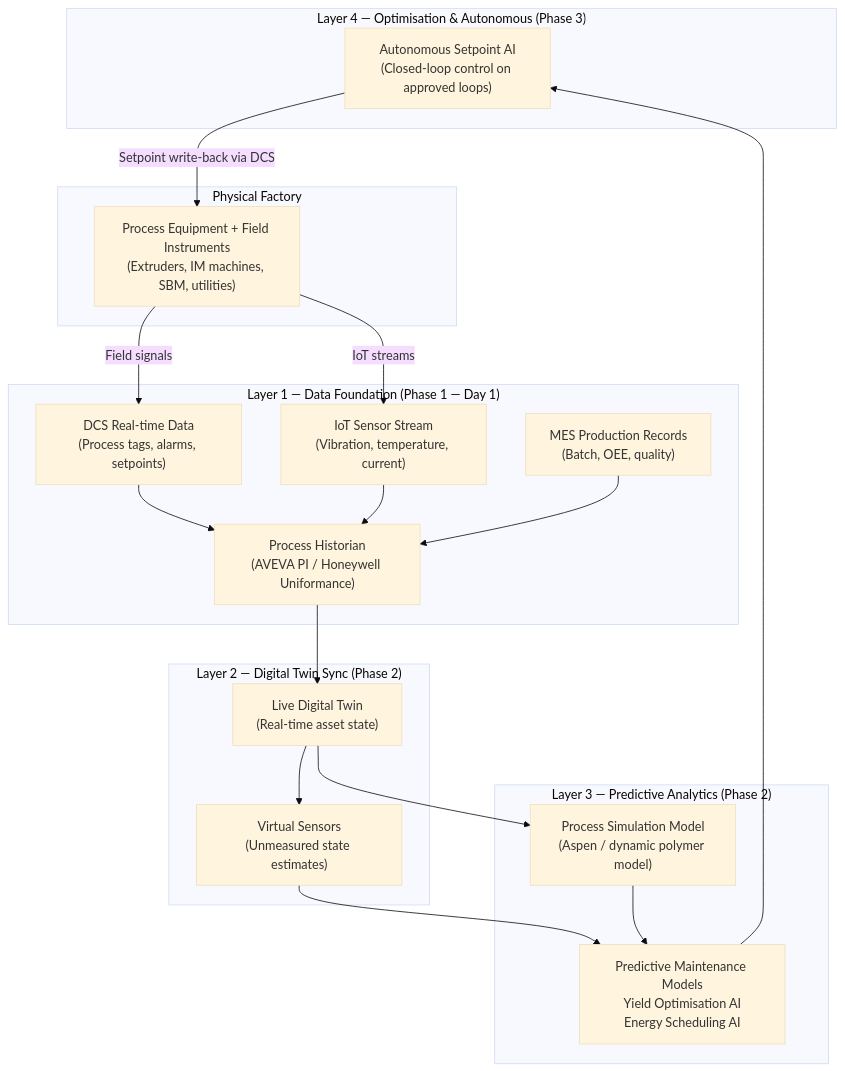
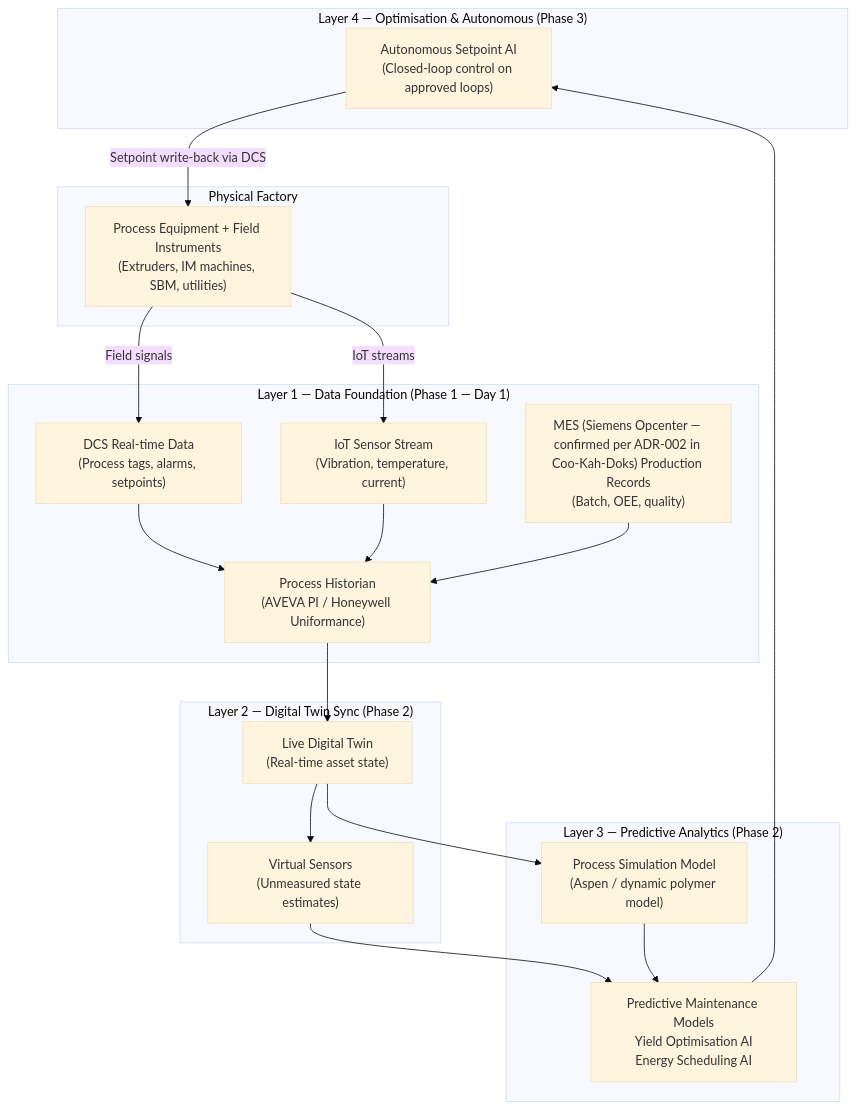
Before and after one commit to oumar-code/coo-cah-factory-chemicals-plastics: the first of 2 diagrams in docs/digital-twin.md, drawn with Mermaid (base theme). The commit also changed other lines of this file, not shown here.

First line of the commit message:
docs: fix DT platform architecture reference (Gate 4 Item 1)

````diff
--- a/docs/digital-twin.md
+++ b/docs/digital-twin.md
@@ -16,40 +16,40 @@
 ```mermaid
 graph TB
     subgraph "Layer 4 — Optimisation & Autonomous (Phase 3)"
         OPT["Autonomous Setpoint AI\n(Closed-loop control on approved loops)"]
     end
 
     subgraph "Layer 3 — Predictive Analytics (Phase 2)"
         PRED["Predictive Maintenance Models\nYield Optimisation AI\nEnergy Scheduling AI"]
         SIMM["Process Simulation Model\n(Aspen / dynamic polymer model)"]
     end
 
     subgraph "Layer 2 — Digital Twin Sync (Phase 2)"
         TWIN["Live Digital Twin\n(Real-time asset state)"]
         VSENS["Virtual Sensors\n(Unmeasured state estimates)"]
     end
 
     subgraph "Layer 1 — Data Foundation (Phase 1 — Day 1)"
         HIST["Process Historian\n(AVEVA PI / Honeywell Uniformance)"]
-        MES_D["MES Production Records\n(Batch, OEE, quality)"]
+        MES_D["MES (Siemens Opcenter — confirmed per ADR-002 in Coo-Kah-Doks) Production Records\n(Batch, OEE, quality)"]
         IOT_D["IoT Sensor Stream\n(Vibration, temperature, current)"]
         DCS_D["DCS Real-time Data\n(Process tags, alarms, setpoints)"]
     end
 
     subgraph "Physical Factory"
         PHYS["Process Equipment + Field Instruments\n(Extruders, IM machines, SBM, utilities)"]
     end
 
     PHYS -->|Field signals| DCS_D
     PHYS -->|IoT streams| IOT_D
     DCS_D --> HIST
     IOT_D --> HIST
     MES_D --> HIST
     HIST --> TWIN
     TWIN --> VSENS
     TWIN --> SIMM
     VSENS --> PRED
     SIMM --> PRED
     PRED --> OPT
     OPT -->|Setpoint write-back via DCS| PHYS
 ```
````
